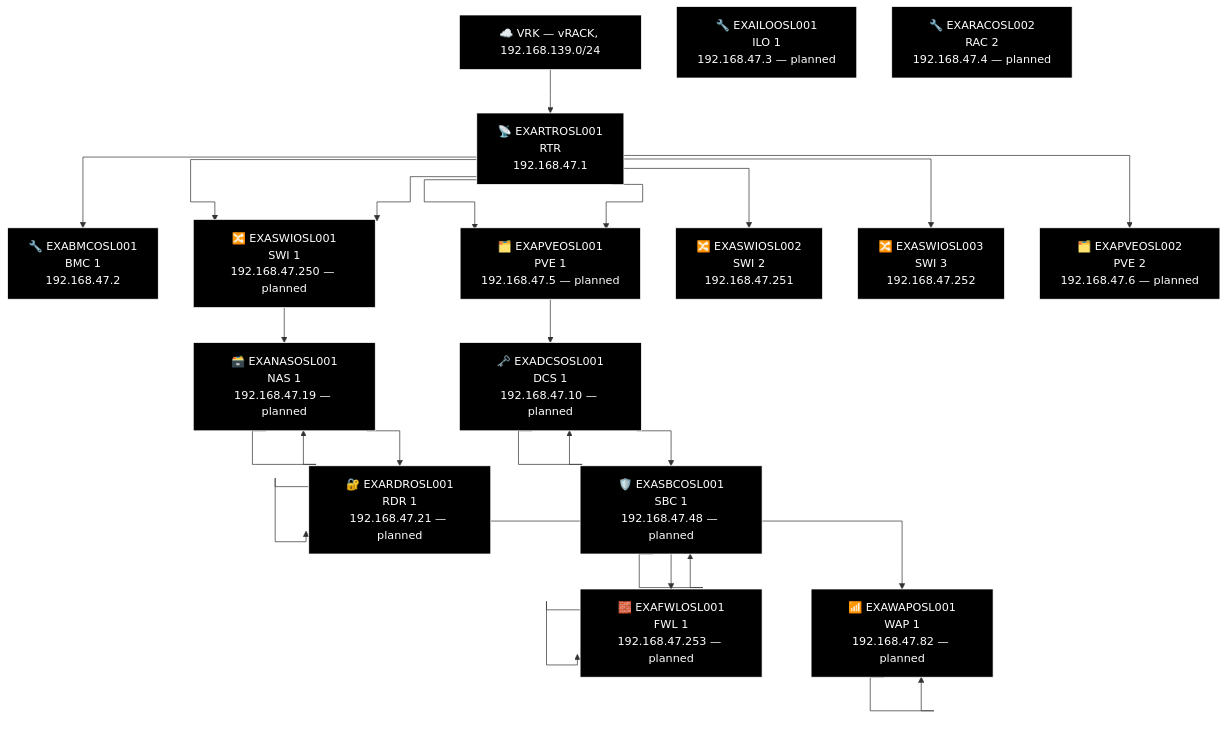
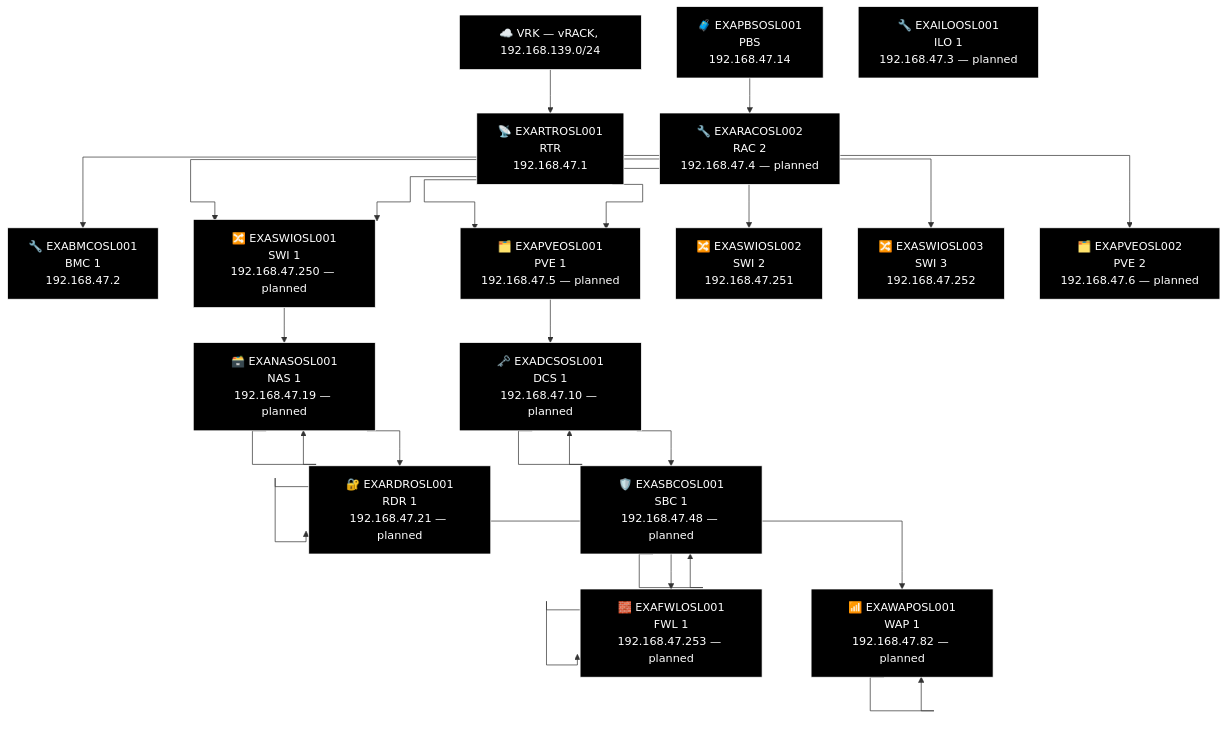
The second of 2 diagrams in docs/network-diagram/norge.md (knightmare2600/example_music_infra), drawn with Mermaid before and after one commit. The commit also changed 14 other files, not shown here.

First line of the commit message:
docs/network-diagram: regenerate, every site was missing its PBS node

````diff
--- a/docs/network-diagram/norge.md
+++ b/docs/network-diagram/norge.md
@@ -31,65 +31,68 @@
 ```mermaid
 %% GENERATED:TOPOLOGY:OSL:START
 %%{init: {'flowchart': {'curve': 'stepAfter'}}}%%
 graph TD
     T_VRK["☁️ VRK — vRACK, 192.168.139.0/24"]
     T_RTR["📡 EXARTROSL001<br/>RTR<br/>192.168.47.1"]
     T_VRK --> T_RTR
     T_BMC["🔧 EXABMCOSL001<br/>BMC 1<br/>192.168.47.2"]
     T_RTR --> T_BMC
     T_PVE["🗂️ EXAPVEOSL001<br/>PVE 1<br/>192.168.47.5"]
     T_RTR --> T_PVE
     T_SWI["🔀 EXASWIOSL001<br/>SWI 1<br/>192.168.47.250"]
     T_RTR --> T_SWI
     T_SWI2["🔀 EXASWIOSL002<br/>SWI 2<br/>192.168.47.251"]
     T_RTR --> T_SWI2
     T_SWI3["🔀 EXASWIOSL003<br/>SWI 3<br/>192.168.47.252"]
     T_RTR --> T_SWI3
     T_SWI["🔀 EXASWIOSL001<br/>SWI 1<br/>192.168.47.250 — planned"]
     T_RTR --> T_SWI
     T_PVE["🗂️ EXAPVEOSL001<br/>PVE 1<br/>192.168.47.5 — planned"]
     T_RTR --> T_PVE
     T_PVE2["🗂️ EXAPVEOSL002<br/>PVE 2<br/>192.168.47.6 — planned"]
     T_RTR --> T_PVE2
     T_NAS["🗃️ EXANASOSL001<br/>NAS<br/>192.168.47.19"]
     T_NAS["🗃️ EXANASOSL001<br/>NAS 1<br/>192.168.47.19 — planned"]
     T_RDR["🔐 EXARDROSL001<br/>RDR<br/>192.168.47.21"]
     T_RDR["🔐 EXARDROSL001<br/>RDR 1<br/>192.168.47.21 — planned"]
     T_WAP["📶 EXAWAPOSL001<br/>WAP 1<br/>192.168.47.82"]
     T_WAP["📶 EXAWAPOSL001<br/>WAP 1<br/>192.168.47.82 — planned"]
     T_SWI --> T_NAS --> T_NAS --> T_RDR --> T_RDR --> T_WAP --> T_WAP
     T_DCS["🗝️ EXADCSOSL001<br/>DCS 1<br/>192.168.47.10"]
     T_DCS["🗝️ EXADCSOSL001<br/>DCS 1<br/>192.168.47.10 — planned"]
     T_SBC["🛡️ EXASBCOSL001<br/>SBC<br/>192.168.47.48"]
     T_SBC["🛡️ EXASBCOSL001<br/>SBC 1<br/>192.168.47.48 — planned"]
     T_FWL["🧱 EXAFWLOSL001<br/>LAN Face<br/>192.168.47.253"]
     T_FWL["🧱 EXAFWLOSL001<br/>FWL 1<br/>192.168.47.253 — planned"]
     T_PVE --> T_DCS --> T_DCS --> T_SBC --> T_SBC --> T_FWL --> T_FWL
+    T_PBS["🧳 EXAPBSOSL001<br/>PBS<br/>192.168.47.14"]
     T_ILO["🔧 EXAILOOSL001<br/>ILO 1<br/>192.168.47.3 — planned"]
     T_RAC["🔧 EXARACOSL002<br/>RAC 2<br/>192.168.47.4 — planned"]
+    T_PBS --> T_RAC
     style T_VRK fill:#000000,stroke:#FFFFFF,color:#FFFFFF
     style T_RTR fill:#000000,stroke:#FFFFFF,color:#FFFFFF
     style T_BMC fill:#000000,stroke:#FFFFFF,color:#FFFFFF
     style T_PVE fill:#000000,stroke:#FFFFFF,color:#FFFFFF
     style T_SWI fill:#000000,stroke:#FFFFFF,color:#FFFFFF
     style T_SWI2 fill:#000000,stroke:#FFFFFF,color:#FFFFFF
     style T_SWI3 fill:#000000,stroke:#FFFFFF,color:#FFFFFF
     style T_SWI fill:#000000,stroke:#FFFFFF,color:#FFFFFF
     style T_PVE fill:#000000,stroke:#FFFFFF,color:#FFFFFF
     style T_PVE2 fill:#000000,stroke:#FFFFFF,color:#FFFFFF
     style T_NAS fill:#000000,stroke:#FFFFFF,color:#FFFFFF
     style T_NAS fill:#000000,stroke:#FFFFFF,color:#FFFFFF
     style T_RDR fill:#000000,stroke:#FFFFFF,color:#FFFFFF
     style T_RDR fill:#000000,stroke:#FFFFFF,color:#FFFFFF
     style T_WAP fill:#000000,stroke:#FFFFFF,color:#FFFFFF
     style T_WAP fill:#000000,stroke:#FFFFFF,color:#FFFFFF
     style T_DCS fill:#000000,stroke:#FFFFFF,color:#FFFFFF
     style T_DCS fill:#000000,stroke:#FFFFFF,color:#FFFFFF
     style T_SBC fill:#000000,stroke:#FFFFFF,color:#FFFFFF
     style T_SBC fill:#000000,stroke:#FFFFFF,color:#FFFFFF
     style T_FWL fill:#000000,stroke:#FFFFFF,color:#FFFFFF
     style T_FWL fill:#000000,stroke:#FFFFFF,color:#FFFFFF
+    style T_PBS fill:#000000,stroke:#FFFFFF,color:#FFFFFF
     style T_ILO fill:#000000,stroke:#FFFFFF,color:#FFFFFF
     style T_RAC fill:#000000,stroke:#FFFFFF,color:#FFFFFF
 %% GENERATED:TOPOLOGY:OSL:END
 ```
````
